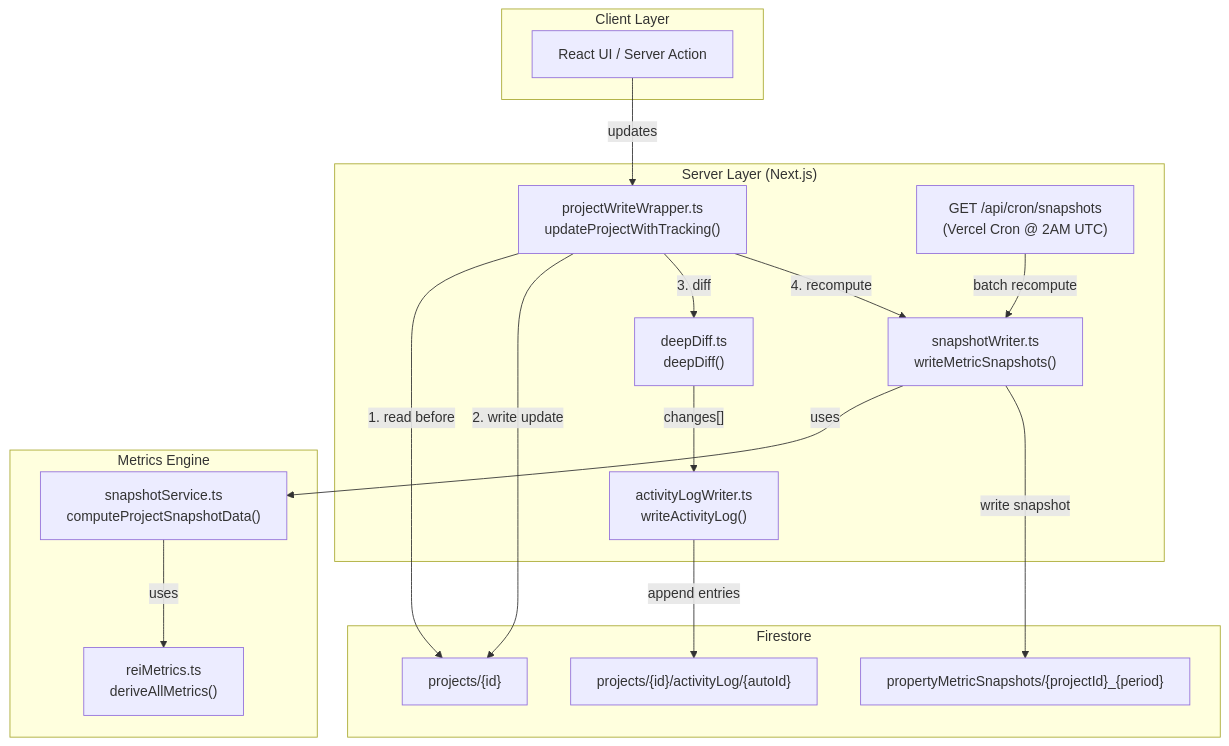
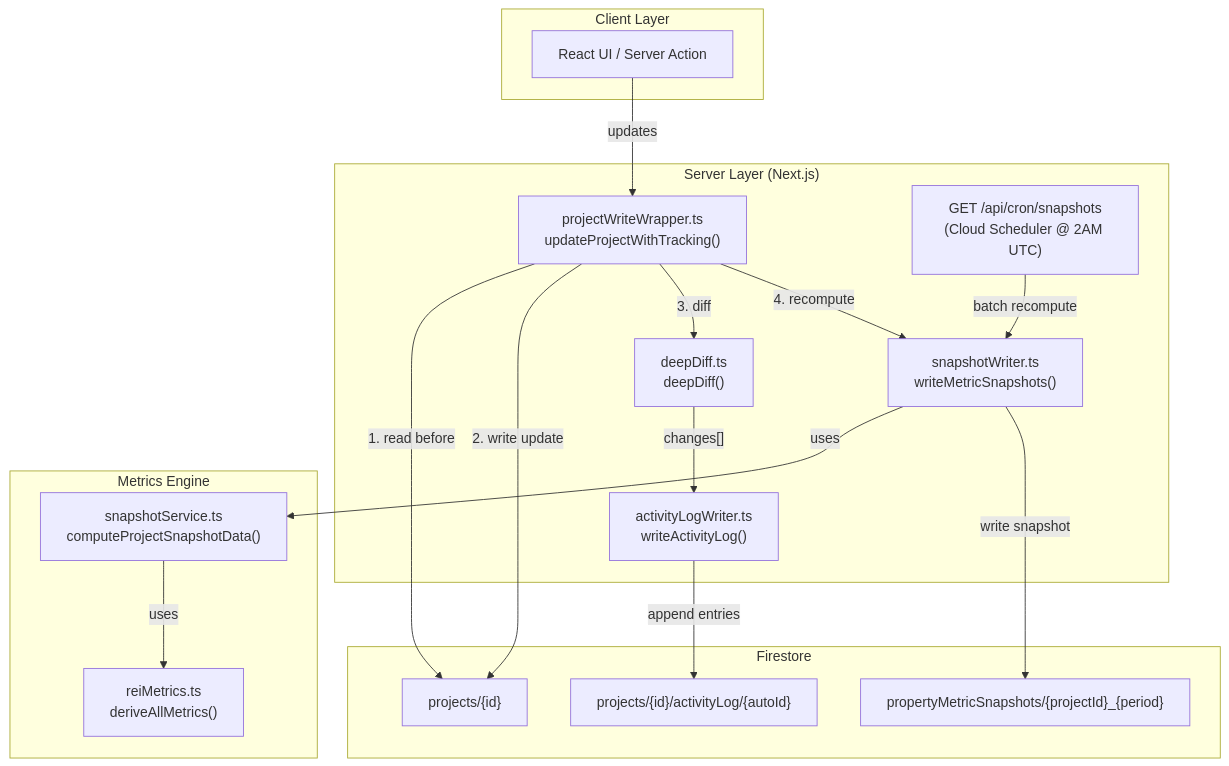
Before and after one commit to YvesDarbouze/PaperWorking: the diagram in docs/backend/snapshot-writer.md, drawn with Mermaid. The commit also changed other lines of this file and 33 other files, not shown here.

````diff
--- a/docs/backend/snapshot-writer.md
+++ b/docs/backend/snapshot-writer.md
@@ -21,37 +21,37 @@
 ```mermaid
 flowchart TD
     subgraph "Client Layer"
         UI["React UI / Server Action"]
     end
 
     subgraph "Server Layer (Next.js)"
         Wrapper["projectWriteWrapper.ts<br/>updateProjectWithTracking()"]
         Diff["deepDiff.ts<br/>deepDiff()"]
         ALW["activityLogWriter.ts<br/>writeActivityLog()"]
         SW["snapshotWriter.ts<br/>writeMetricSnapshots()"]
-        Cron["GET /api/cron/snapshots<br/>(Vercel Cron @ 2AM UTC)"]
+        Cron["GET /api/cron/snapshots<br/>(Cloud Scheduler @ 2AM UTC)"]
     end
 
     subgraph "Metrics Engine"
         REI["reiMetrics.ts<br/>deriveAllMetrics()"]
         SS["snapshotService.ts<br/>computeProjectSnapshotData()"]
     end
 
     subgraph "Firestore"
         Projects["projects/{id}"]
         ActivityLog["projects/{id}/activityLog/{autoId}"]
         Snapshots["propertyMetricSnapshots/{projectId}_{period}"]
     end
 
     UI -->|"updates"| Wrapper
     Wrapper -->|"1. read before"| Projects
     Wrapper -->|"2. write update"| Projects
     Wrapper -->|"3. diff"| Diff
     Diff -->|"changes[]"| ALW
     ALW -->|"append entries"| ActivityLog
     Wrapper -->|"4. recompute"| SW
     SW -->|"uses"| SS
     SS -->|"uses"| REI
     SW -->|"write snapshot"| Snapshots
     Cron -->|"batch recompute"| SW
 ```
````
